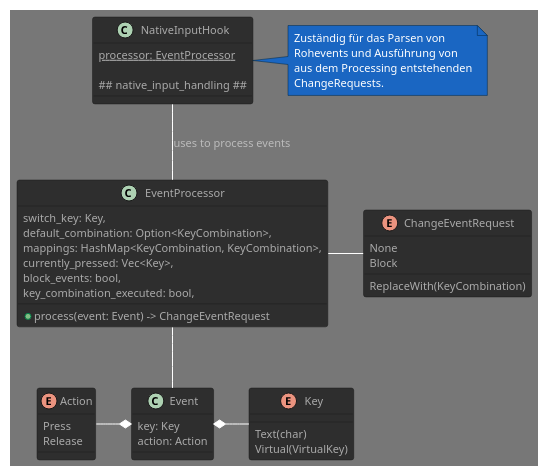
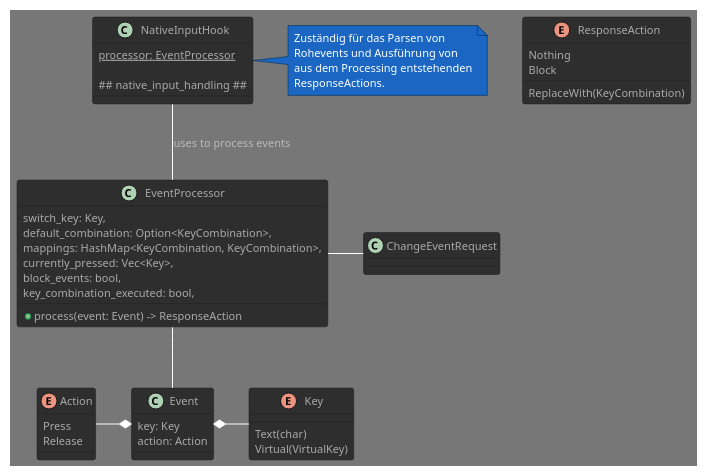
The first of 4 diagrams in README.adoc (marchaen/another-keyboard-layer), drawn with PlantUML before and after one commit. The commit also changed 4 other files, not shown here.

```diff
--- a/README.adoc
+++ b/README.adoc
@@ -70,58 +70,58 @@
 [plantuml, target="keyboard-input-event-abstraction", format=svg]
 ....
 @startuml
 !theme reddress-darkblue
 
 enum Key {
     Text(char)
     Virtual(VirtualKey)
 }
 
 enum Action {
     Press
     Release
 }
 
 class Event {
     key: Key
     action: Action
 }
 
-enum ChangeEventRequest {
-    None
+enum ResponseAction {
+    Nothing
     Block
     ReplaceWith(KeyCombination)
 }
 
 class EventProcessor {
     switch_key: Key,
     default_combination: Option<KeyCombination>,
     mappings: HashMap<KeyCombination, KeyCombination>,
     currently_pressed: Vec<Key>,
     block_events: bool,
     key_combination_executed: bool,
-    +process(event: Event) -> ChangeEventRequest
+    +process(event: Event) -> ResponseAction
 }
 
 class NativeInputHook {
     {static} processor: EventProcessor
 
     ## native_input_handling ##
 
 }
 
 note right of NativeInputHook
 Zuständig für das Parsen von
 Rohevents und Ausführung von
 aus dem Processing entstehenden
-ChangeRequests.
+ResponseActions.
 end note
 
 Event *- Key
 Action -* Event
 EventProcessor - ChangeEventRequest
 EventProcessor -- Event
 NativeInputHook -- EventProcessor : uses to process events
 
 @enduml
 ....
```
